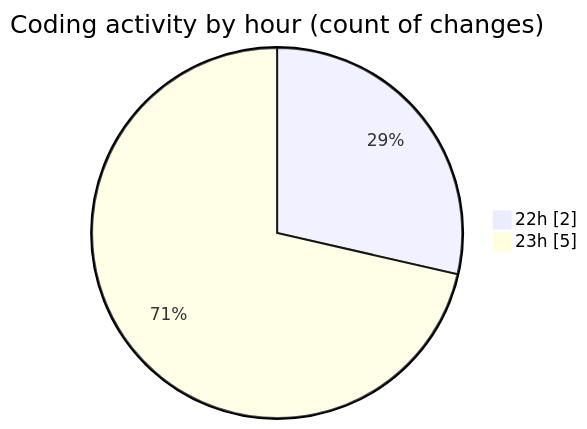
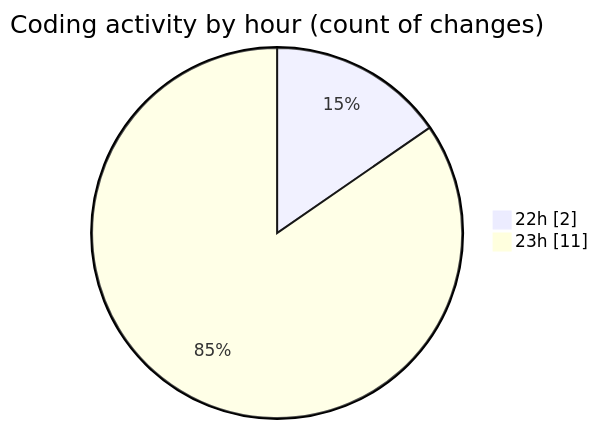
One commit to momahboobian/code-tracking changed the second of 2 diagrams in 2025-02-22/samplepdf/README.md. Above: the diagram before and after it, drawn with Mermaid. The commit also changed other lines of this file and 1 other file, not shown here.

````diff
--- a/2025-02-22/samplepdf/README.md
+++ b/2025-02-22/samplepdf/README.md
@@ -28,6 +31,6 @@
 ```mermaid
 pie showData
 title Coding activity by hour (count of changes)
 "22h" : 2
-"23h" : 5
+"23h" : 11
 ```
````
